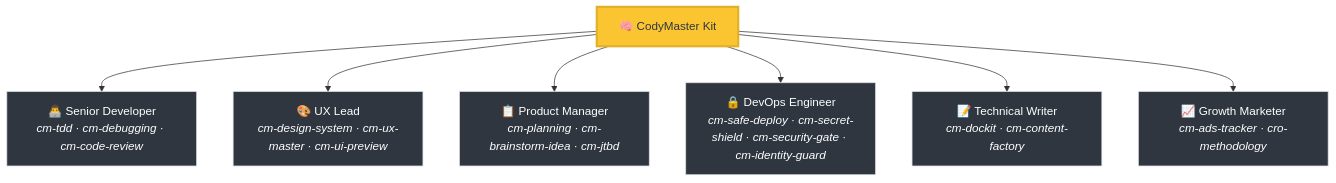
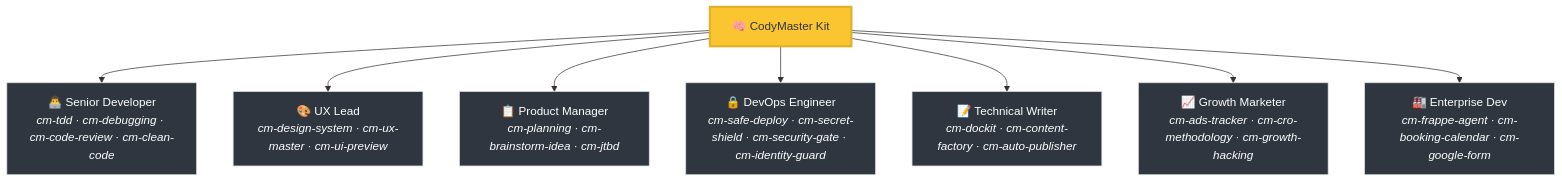
One commit to tody-agent/codymaster changed the first of 3 diagrams in README.md. Above: the diagram before and after it, drawn with Mermaid. The commit also changed other lines of this file and 8 other files, not shown here.

````diff
--- a/README.md
+++ b/README.md
@@ -66,12 +66,13 @@
 ```mermaid
 graph TD
-    A["🧠 CodyMaster Kit"] --> B["👨‍💻 Senior Developer<br/><i>cm-tdd · cm-debugging · cm-code-review</i>"]
+    A["🧠 CodyMaster Kit"] --> B["👨‍💻 Senior Developer<br/><i>cm-tdd · cm-debugging · cm-code-review · cm-clean-code</i>"]
     A --> C["🎨 UX Lead<br/><i>cm-design-system · cm-ux-master · cm-ui-preview</i>"]
     A --> D["📋 Product Manager<br/><i>cm-planning · cm-brainstorm-idea · cm-jtbd</i>"]
     A --> E["🔒 DevOps Engineer<br/><i>cm-safe-deploy · cm-secret-shield · cm-security-gate · cm-identity-guard</i>"]
-    A --> F["📝 Technical Writer<br/><i>cm-dockit · cm-content-factory</i>"]
-    A --> G["📈 Growth Marketer<br/><i>cm-ads-tracker · cro-methodology</i>"]
+    A --> F["📝 Technical Writer<br/><i>cm-dockit · cm-content-factory · cm-auto-publisher</i>"]
+    A --> G["📈 Growth Marketer<br/><i>cm-ads-tracker · cm-cro-methodology · cm-growth-hacking</i>"]
+    A --> H["🏭 Enterprise Dev<br/><i>cm-frappe-agent · cm-booking-calendar · cm-google-form</i>"]
     style A fill:#fbc531,stroke:#e1b12c,color:#2f3640,stroke-width:3px
     classDef team fill:#2f3640,stroke:#dcdde1,stroke-width:1px,color:#fff;
-    class B,C,D,E,F,G team;
+    class B,C,D,E,F,G,H team;
 ```
````
